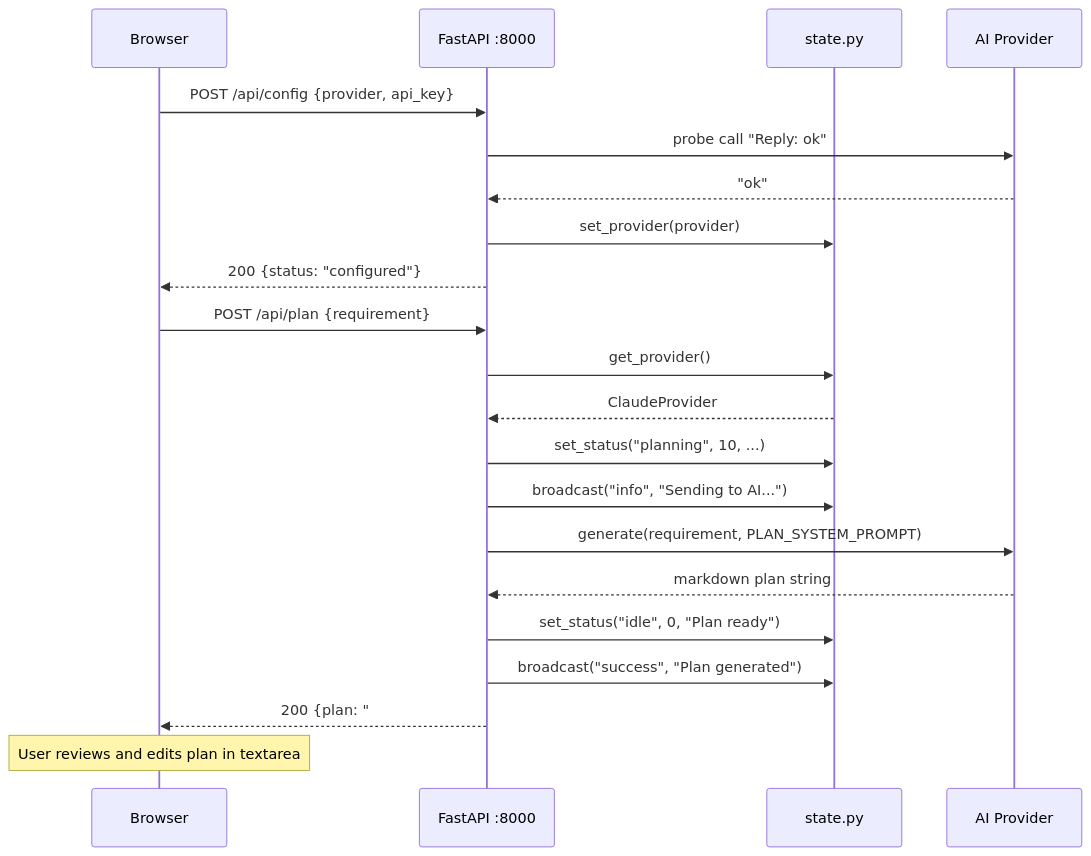
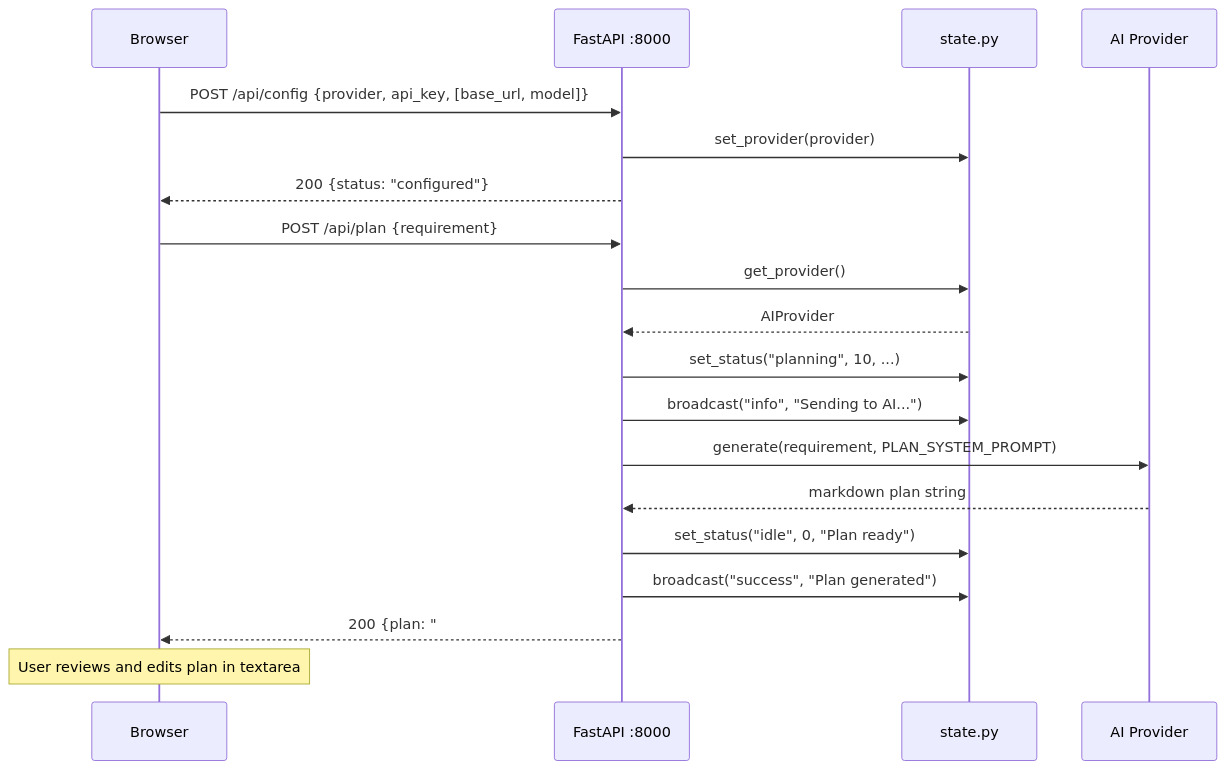
The second of 12 diagrams in app/docs/01-ARCHITECTURE.md (DXCSithlordPadawan/planforaplan), drawn with Mermaid before and after one commit. The commit also changed other lines of this file and 10 other files, not shown here.

````diff
--- a/app/docs/01-ARCHITECTURE.md
+++ b/app/docs/01-ARCHITECTURE.md
@@ -272,26 +287,24 @@
 ```mermaid
 sequenceDiagram
     participant B as Browser
     participant F as FastAPI :8000
     participant S as state.py
     participant AI as AI Provider
 
-    B->>F: POST /api/config {provider, api_key}
-    F->>AI: probe call "Reply: ok"
-    AI-->>F: "ok"
+    B->>F: POST /api/config {provider, api_key, [base_url, model]}
     F->>S: set_provider(provider)
     F-->>B: 200 {status: "configured"}
 
     B->>F: POST /api/plan {requirement}
     F->>S: get_provider()
-    S-->>F: ClaudeProvider
+    S-->>F: AIProvider
     F->>S: set_status("planning", 10, ...)
     F->>S: broadcast("info", "Sending to AI...")
     F->>AI: generate(requirement, PLAN_SYSTEM_PROMPT)
     AI-->>F: markdown plan string
     F->>S: set_status("idle", 0, "Plan ready")
     F->>S: broadcast("success", "Plan generated")
     F-->>B: 200 {plan: "## Implementation Plan..."}
 
     Note over B: User reviews and edits plan in textarea
 ```
````
